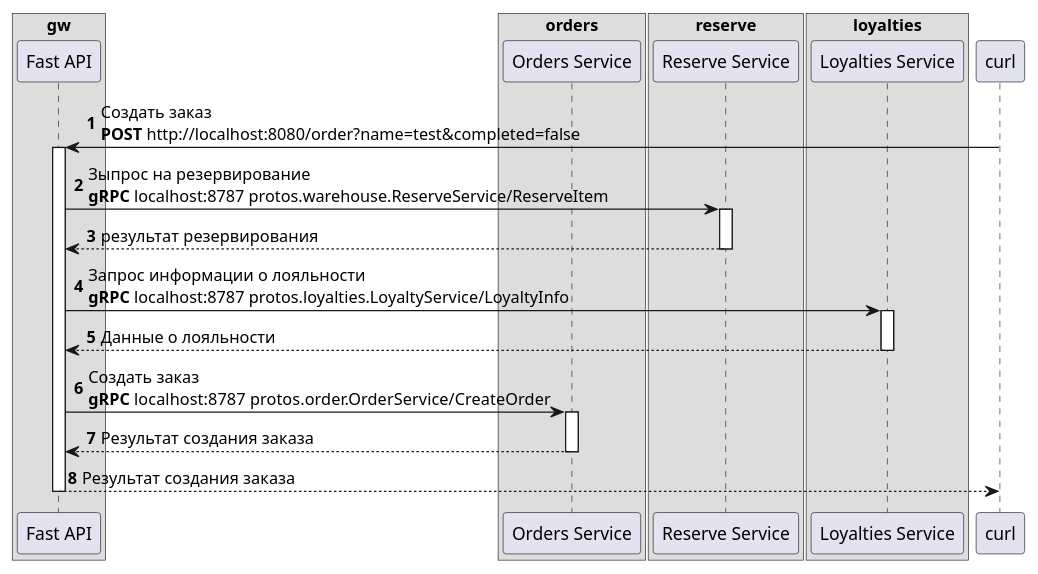
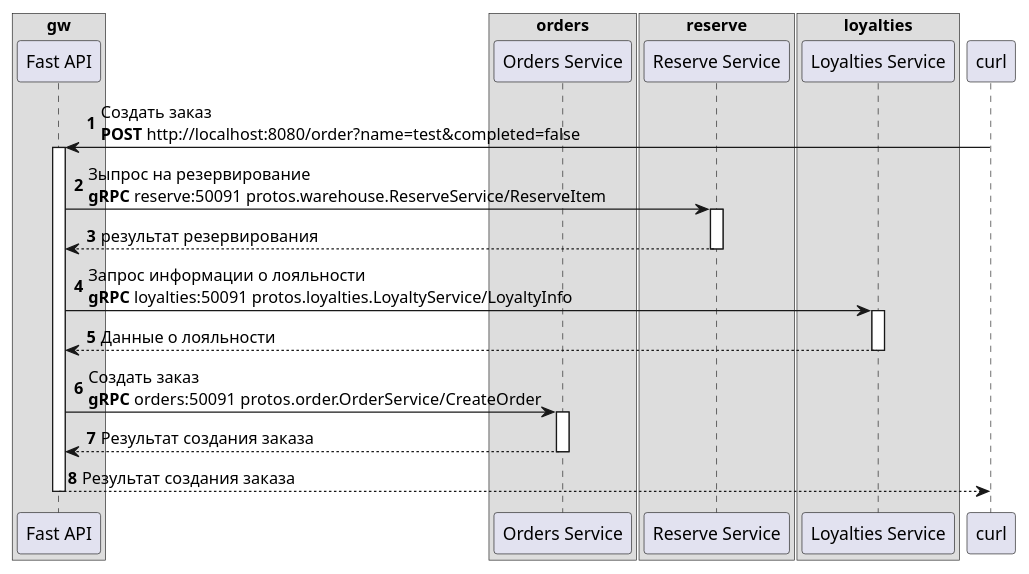
Before and after one commit to arootcom/grpc-fastapi: the diagram in adr/day1/sq-curl-multi.puml, drawn with PlantUML. The commit also changed 4 other files, not shown here.

Commit message:
~ fix schemas

```diff
--- a/adr/day1/sq-curl-multi.puml
+++ b/adr/day1/sq-curl-multi.puml
@@ -1,40 +1,40 @@
 @startuml
 
 autonumber
 
 box gw 
     participant api as "Fast API"
 end box
 box "orders"
     participant orders as "Orders Service"
 end box
 box "reserve"
     participant reserve as "Reserve Service"
 end box
 box loyalties
     participant loyalty as "Loyalties Service"
 end box
 participant curl
 
 curl -> api : Создать заказ\n**POST** http://localhost:8080/order?name=test&completed=false
 activate api
 
-api -> reserve : Зыпрос на резервирование\n**gRPC** localhost:8787 protos.warehouse.ReserveService/ReserveItem
+api -> reserve : Зыпрос на резервирование\n**gRPC** reserve:50091 protos.warehouse.ReserveService/ReserveItem
 activate reserve
 reserve --> api : результат резервирования
 deactivate reserve
 
-api -> loyalty : Запрос информации о лояльности\n**gRPC** localhost:8787 protos.loyalties.LoyaltyService/LoyaltyInfo
+api -> loyalty : Запрос информации о лояльности\n**gRPC** loyalties:50091 protos.loyalties.LoyaltyService/LoyaltyInfo
 activate loyalty
 loyalty --> api : Данные о лояльности
 deactivate loyalty
 
-api -> orders : Создать заказ\n**gRPC** localhost:8787 protos.order.OrderService/CreateOrder
+api -> orders : Создать заказ\n**gRPC** orders:50091 protos.order.OrderService/CreateOrder
 activate orders
 orders --> api : Результат создания заказа
 deactivate orders
 
 api --> curl : Результат создания заказа
 deactivate api
 
 @enduml
```
